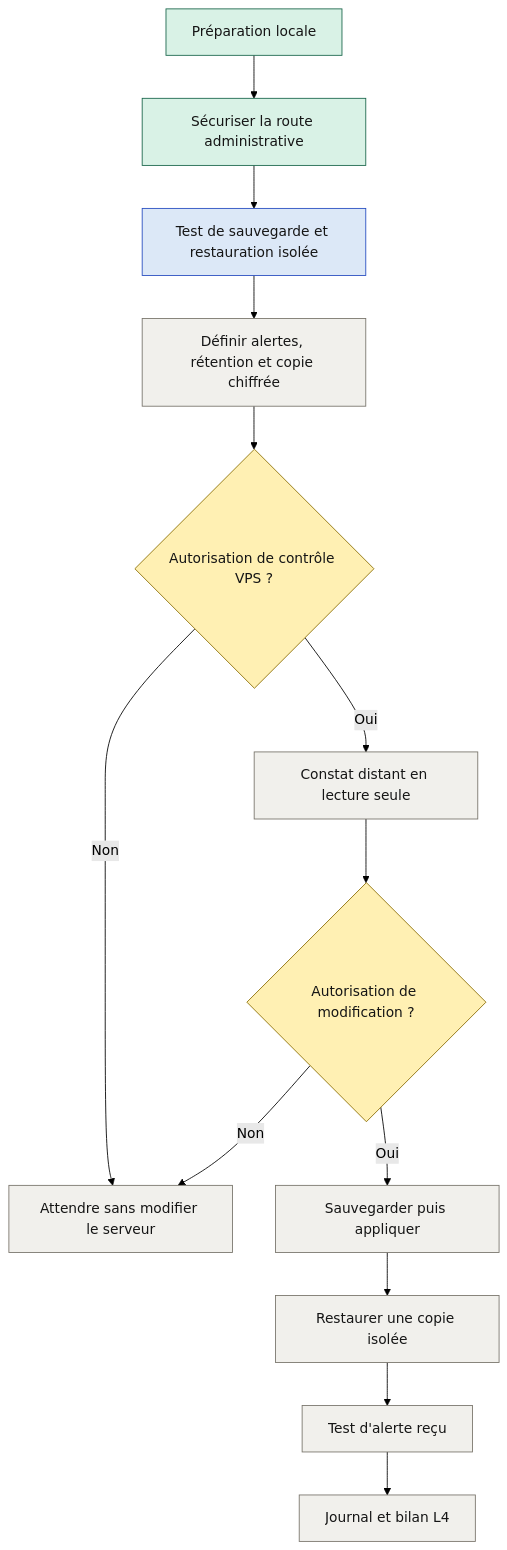
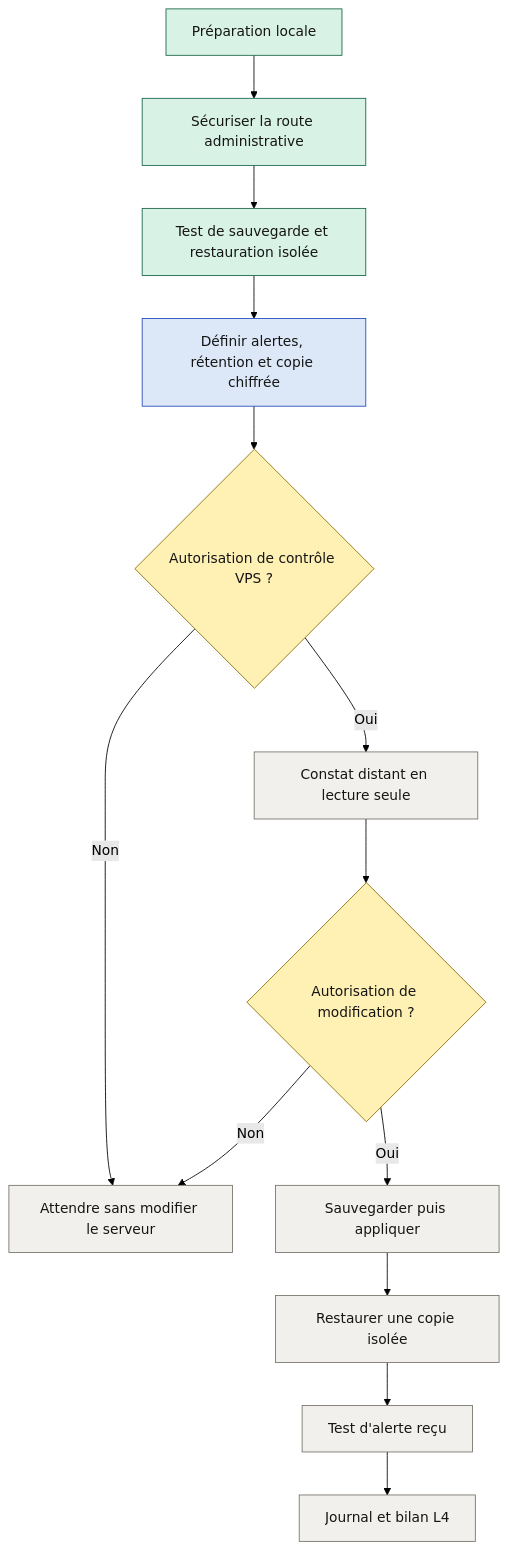
Before and after one commit to VinniMo/samstag: the diagram in docs/diagrams/l4-operations.mmd, drawn with Mermaid (forest theme). The commit also changed 11 other files, not shown here.

```diff
--- a/docs/diagrams/l4-operations.mmd
+++ b/docs/diagrams/l4-operations.mmd
@@ -1,23 +1,23 @@
 flowchart TD
     A[Préparation locale] --> B[Sécuriser la route administrative]
     B --> C[Test de sauvegarde et restauration isolée]
     C --> D[Définir alertes, rétention et copie chiffrée]
     D --> E{Autorisation de contrôle VPS ?}
     E -->|Non| W[Attendre sans modifier le serveur]
     E -->|Oui| F[Constat distant en lecture seule]
     F --> G{Autorisation de modification ?}
     G -->|Non| W
     G -->|Oui| H[Sauvegarder puis appliquer]
     H --> I[Restaurer une copie isolée]
     I --> J[Test d'alerte reçu]
     J --> K[Journal et bilan L4]
 
     classDef done fill:#d9f2e6,stroke:#176449,color:#151515
     classDef ready fill:#dce8f7,stroke:#244bc0,color:#151515
     classDef approval fill:#fff0b3,stroke:#8a6d00,color:#151515
     classDef future fill:#f1f0ec,stroke:#77736a,color:#151515
 
-    class A,B done
-    class C ready
+    class A,B,C done
+    class D ready
     class E,G approval
-    class D,F,H,I,J,K,W future
+    class F,H,I,J,K,W future
```
